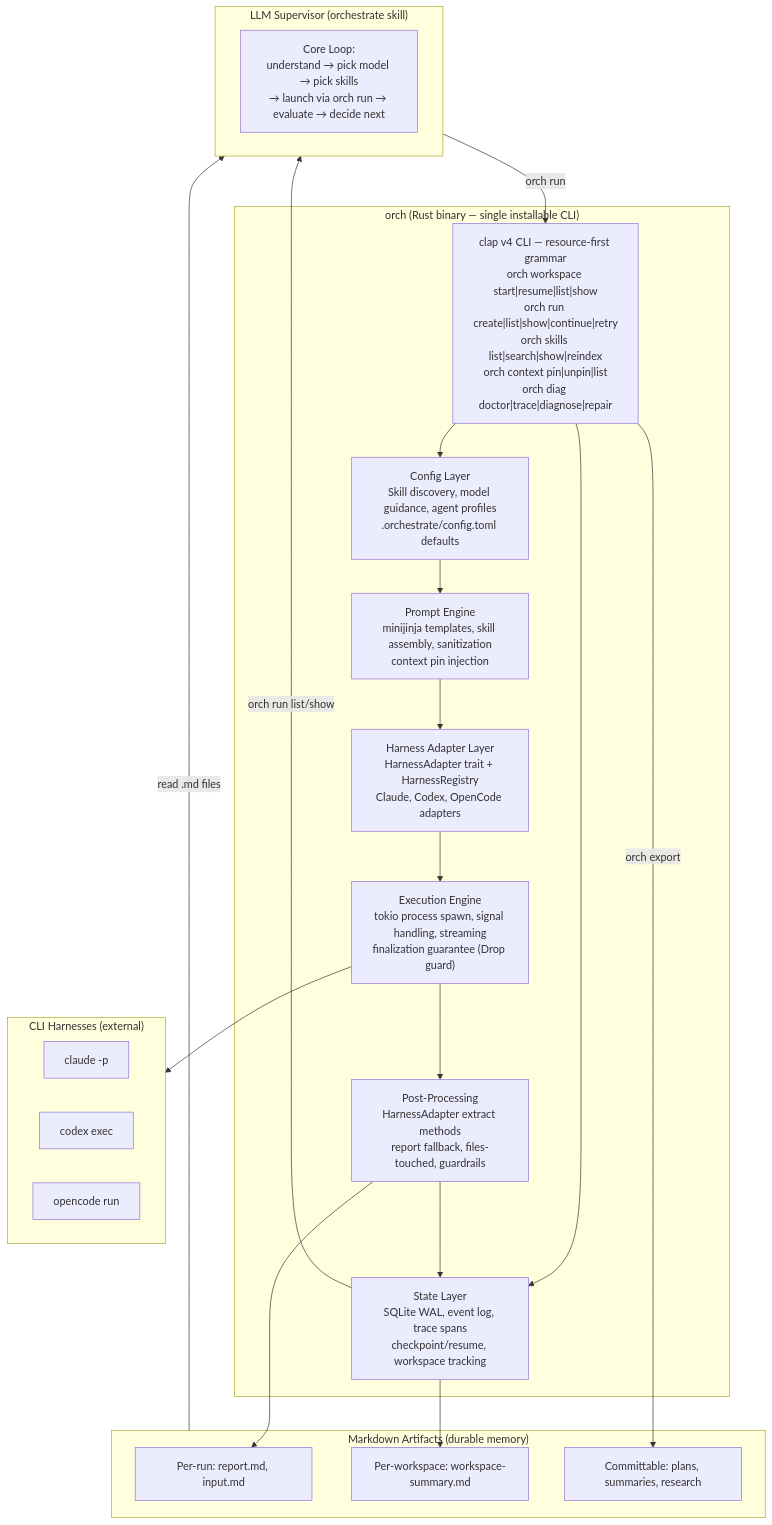
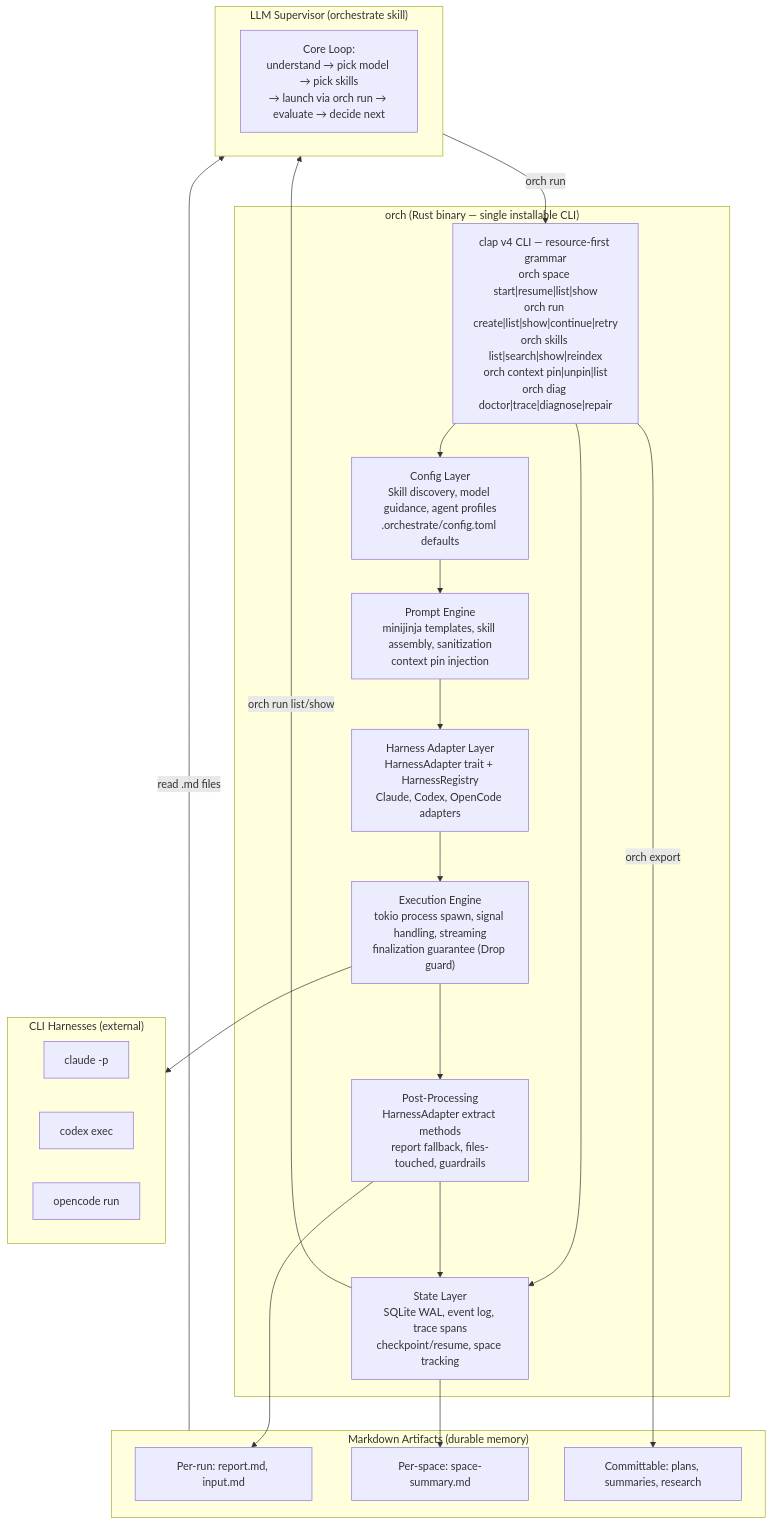
The first of 2 diagrams in _docs/plans/meridian-channel/_archive/design/orchestrate-cli.md (haowjy/meridian-flow), drawn with Mermaid before and after one commit. The commit also changed other lines of this file and 58 other files, not shown here.

First line of the commit message:
refactor: rename workspace → space across meridian-channel codebase

````diff
--- a/_docs/plans/meridian-channel/_archive/design/orchestrate-cli.md
+++ b/_docs/plans/meridian-channel/_archive/design/orchestrate-cli.md
@@ -437,46 +437,46 @@
 ```mermaid
 graph TB
     subgraph Binary["orch (Rust binary — single installable CLI)"]
-        CLI["clap v4 CLI — resource-first grammar\norch workspace start|resume|list|show\norch run create|list|show|continue|retry\norch skills list|search|show|reindex\norch context pin|unpin|list\norch diag doctor|trace|diagnose|repair"]
+        CLI["clap v4 CLI — resource-first grammar\norch space start|resume|list|show\norch run create|list|show|continue|retry\norch skills list|search|show|reindex\norch context pin|unpin|list\norch diag doctor|trace|diagnose|repair"]
         Config["Config Layer\nSkill discovery, model guidance, agent profiles\n.orchestrate/config.toml defaults"]
         Prompt["Prompt Engine\nminijinja templates, skill assembly, sanitization\ncontext pin injection"]
         Harness["Harness Adapter Layer\nHarnessAdapter trait + HarnessRegistry\nClaude, Codex, OpenCode adapters"]
         Exec["Execution Engine\ntokio process spawn, signal handling, streaming\nfinalization guarantee (Drop guard)"]
-        State["State Layer\nSQLite WAL, event log, trace spans\ncheckpoint/resume, workspace tracking"]
+        State["State Layer\nSQLite WAL, event log, trace spans\ncheckpoint/resume, space tracking"]
         Post["Post-Processing\nHarnessAdapter extract methods\nreport fallback, files-touched, guardrails"]
     end
 
     CLI --> Config
     CLI --> State
     Config --> Prompt
     Prompt --> Harness
     Harness --> Exec
     Exec --> Post
     Post --> State
 
     subgraph Artifacts["Markdown Artifacts (durable memory)"]
         RunMD["Per-run: report.md, input.md"]
-        WorkspaceMD["Per-workspace: workspace-summary.md"]
+        SpaceMD["Per-space: space-summary.md"]
         Committable["Committable: plans, summaries, research"]
     end
 
     Post --> RunMD
-    State --> WorkspaceMD
+    State --> SpaceMD
     CLI -->|"orch export"| Committable
 
     subgraph HarnessCLIs["CLI Harnesses (external)"]
         Claude["claude -p"]
         Codex["codex exec"]
         OpenCode["opencode run"]
     end
 
     Exec --> HarnessCLIs
 
     subgraph Supervisor["LLM Supervisor (orchestrate skill)"]
         Loop["Core Loop:\nunderstand → pick model → pick skills\n→ launch via orch run → evaluate → decide next"]
     end
 
     Supervisor -->|"orch run"| CLI
     State -->|"orch run list/show"| Supervisor
     Artifacts -->|"read .md files"| Supervisor
 ```
````
